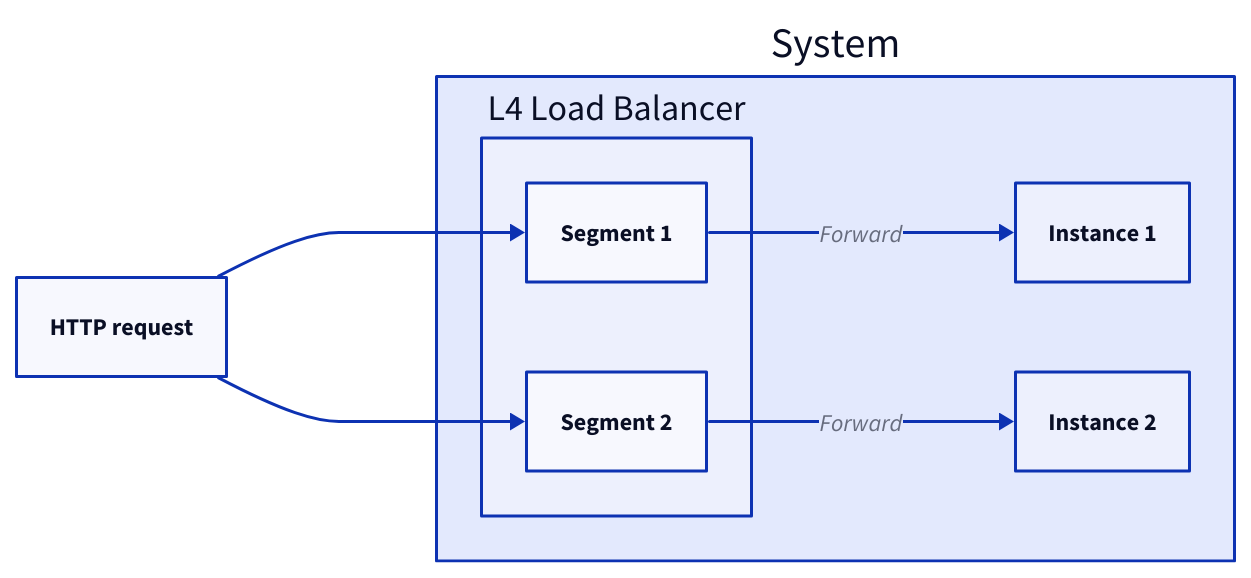
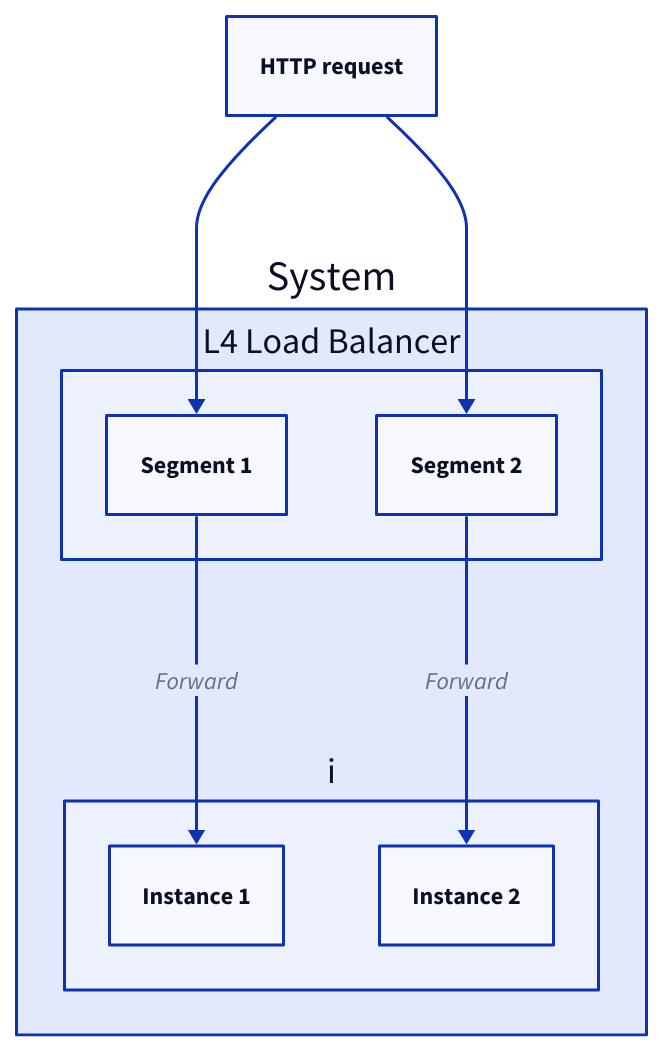
Before and after one commit to link1905/system-design-101: diagram 18 of 18 in content/web-service/load-balancer.md, drawn with D2. The commit also changed other lines of this file and 13 other files, not shown here.

````diff
--- a/content/web-service/load-balancer.md
+++ b/content/web-service/load-balancer.md
@@ -667,21 +648,22 @@
 ```d2
-
-direction: right
 s: System {
     lb: L4 Load Balancer {
         s1: Segment 1
         s2: Segment 2
     }
-    s1: Instance 1 {
-       class: server
+    i: {
+      class: none
+      s1: Instance 1 {
+        class: server
+      }
+      s2: Instance 2 {
+        class: server
+      }
     }
-    s2: Instance 2 {
-       class: server
-    }
-    lb.s1 -> s1: Forward
-    lb.s2 -> s2: Forward
+    lb.s1 -> i.s1: Forward
+    lb.s2 -> i.s2: Forward
 }
 c: HTTP request
 c -> s.lb.s1
 c -> s.lb.s2
 ```
````
